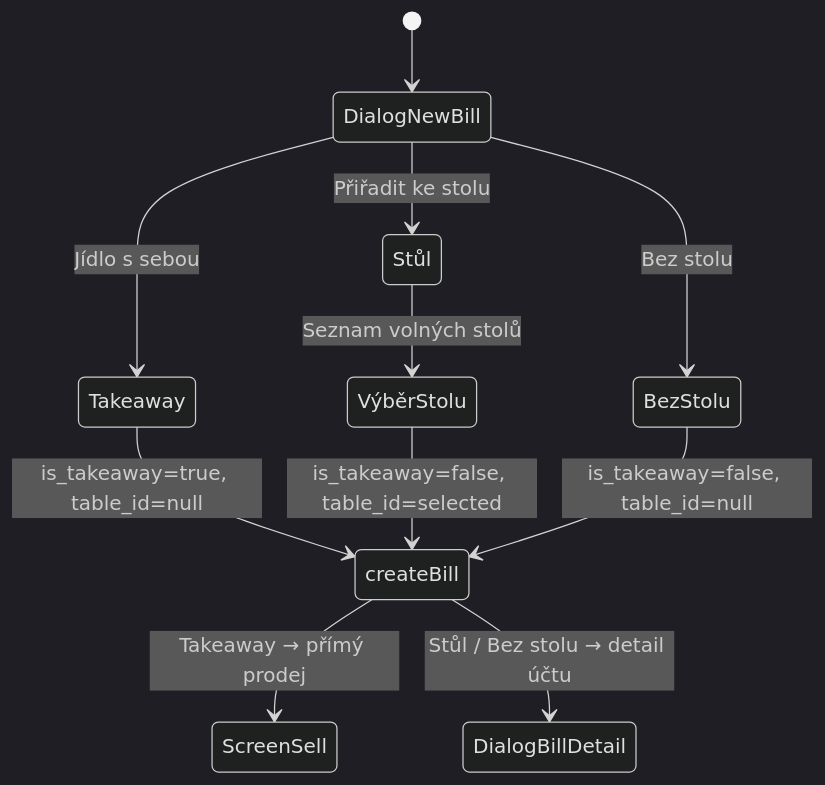
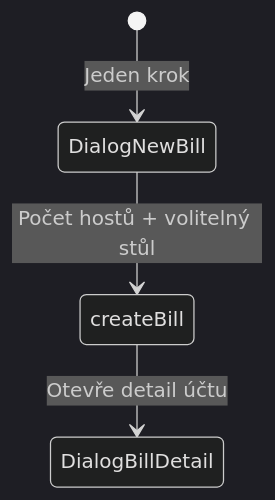
Before and after one commit to Tomakas/deskpos: the ninth of 12 diagrams in PROJECT.md, drawn with Mermaid (dark theme). The commit also changed other lines of this file and 25 other files, not shown here.

````diff
--- a/PROJECT.md
+++ b/PROJECT.md
@@ -902,15 +914,7 @@
 ```mermaid
 stateDiagram-v2
-    [*] --> DialogNewBill
-    DialogNewBill --> Takeaway: Jídlo s sebou
-    DialogNewBill --> Stůl: Přiřadit ke stolu
-    DialogNewBill --> BezStolu: Bez stolu
+    [*] --> DialogNewBill: Jeden krok
+    DialogNewBill --> createBill: Počet hostů + volitelný stůl
 
-    Takeaway --> createBill: is_takeaway=true, table_id=null
-    Stůl --> VýběrStolu: Seznam volných stolů
-    VýběrStolu --> createBill: is_takeaway=false, table_id=selected
-    BezStolu --> createBill: is_takeaway=false, table_id=null
-
-    createBill --> ScreenSell: Takeaway → přímý prodej
-    createBill --> DialogBillDetail: Stůl / Bez stolu → detail účtu
+    createBill --> DialogBillDetail: Otevře detail účtu
 ```
````
